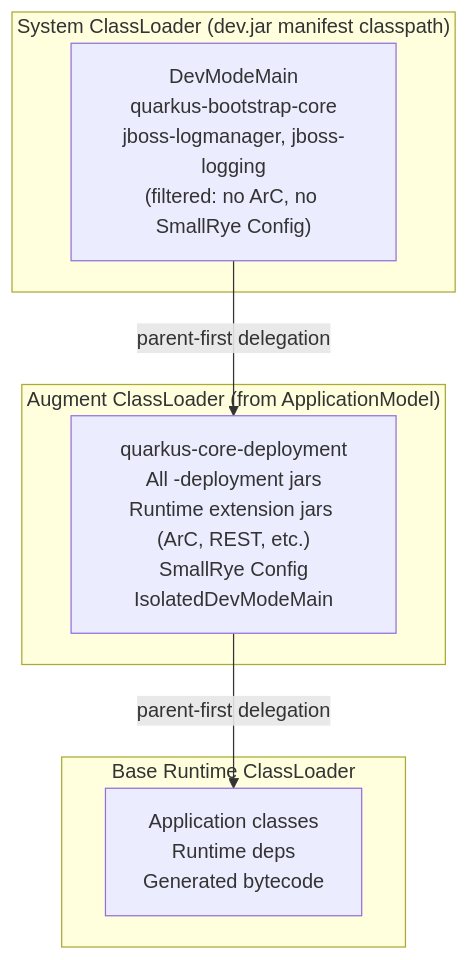
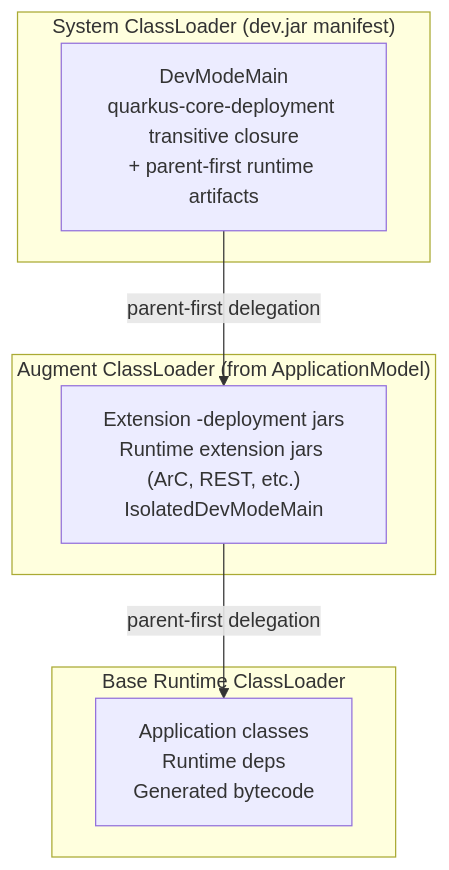
Before and after one commit to clementguillot/rules_quarkus: the second of 2 diagrams in docs/dev-mode.md, drawn with Mermaid. The commit also changed other lines of this file and 25 other files, not shown here.

````diff
--- a/docs/dev-mode.md
+++ b/docs/dev-mode.md
@@ -70,17 +83,17 @@
 ```mermaid
 graph TD
-    subgraph "System ClassLoader (dev.jar manifest classpath)"
-        SYS["DevModeMain<br/>quarkus-bootstrap-core<br/>jboss-logmanager, jboss-logging<br/>(filtered: no ArC, no SmallRye Config)"]
+    subgraph "System ClassLoader (dev.jar manifest)"
+        SYS["DevModeMain<br/>quarkus-core-deployment transitive closure<br/>+ parent-first runtime artifacts"]
     end
 
     subgraph "Augment ClassLoader (from ApplicationModel)"
-        AUG["quarkus-core-deployment<br/>All -deployment jars<br/>Runtime extension jars (ArC, REST, etc.)<br/>SmallRye Config<br/>IsolatedDevModeMain"]
+        AUG["Extension -deployment jars<br/>Runtime extension jars (ArC, REST, etc.)<br/>IsolatedDevModeMain"]
     end
 
     subgraph "Base Runtime ClassLoader"
         RT["Application classes<br/>Runtime deps<br/>Generated bytecode"]
     end
 
     SYS -->|"parent-first delegation"| AUG
     AUG -->|"parent-first delegation"| RT
 ```
````
